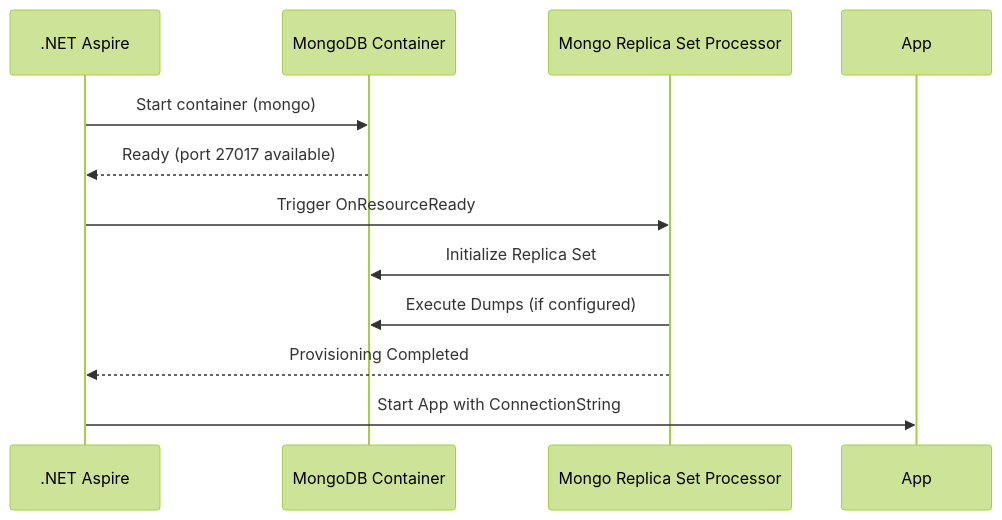
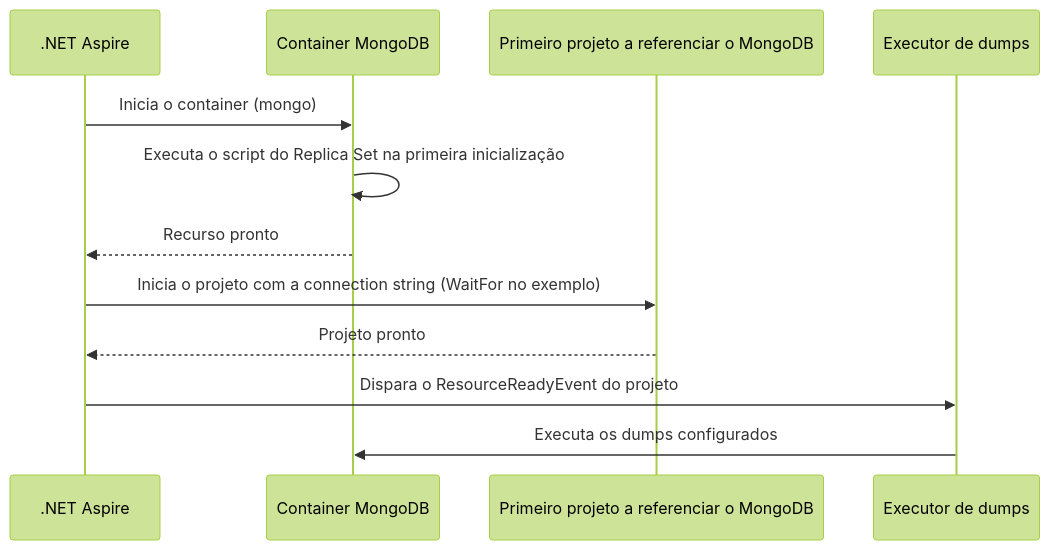
One commit to Marcus-V-Freitas/MVFC.Aspire.Helpers changed the diagram in src/MVFC.Aspire.Helpers.Mongo/README.pt-BR.md. Above: the diagram before and after it, drawn with Mermaid (forest theme). The commit also changed other lines of this file and 8 other files, not shown here.

Commit message:
fix(mongo): support WithDumps after WithReference and update changelog for v11.0.2

````diff
--- a/src/MVFC.Aspire.Helpers.Mongo/README.pt-BR.md
+++ b/src/MVFC.Aspire.Helpers.Mongo/README.pt-BR.md
@@ -122,14 +126,15 @@
 ```mermaid
 sequenceDiagram
     participant Aspire as .NET Aspire
-    participant Container as MongoDB Container
-    participant Configurator as Mongo Replica Set Processor
-    
-    Aspire->>Container: Start container (mongo)
-    Container-->>Aspire: Ready (port 27017 available)
-    Aspire->>Configurator: Trigger OnResourceReady
-    Configurator->>Container: Initialize Replica Set
-    Configurator->>Container: Execute Dumps (if configured)
-    Configurator-->>Aspire: Provisioning Completed
-    Aspire->>App: Start App with ConnectionString
+    participant Container as Container MongoDB
+    participant Project as Primeiro projeto a referenciar o MongoDB
+    participant Executor as Executor de dumps
+
+    Aspire->>Container: Inicia o container (mongo)
+    Container->>Container: Executa o script do Replica Set na primeira inicialização
+    Container-->>Aspire: Recurso pronto
+    Aspire->>Project: Inicia o projeto com a connection string (WaitFor no exemplo)
+    Project-->>Aspire: Projeto pronto
+    Aspire->>Executor: Dispara o ResourceReadyEvent do projeto
+    Executor->>Container: Executa os dumps configurados
 ```
````
